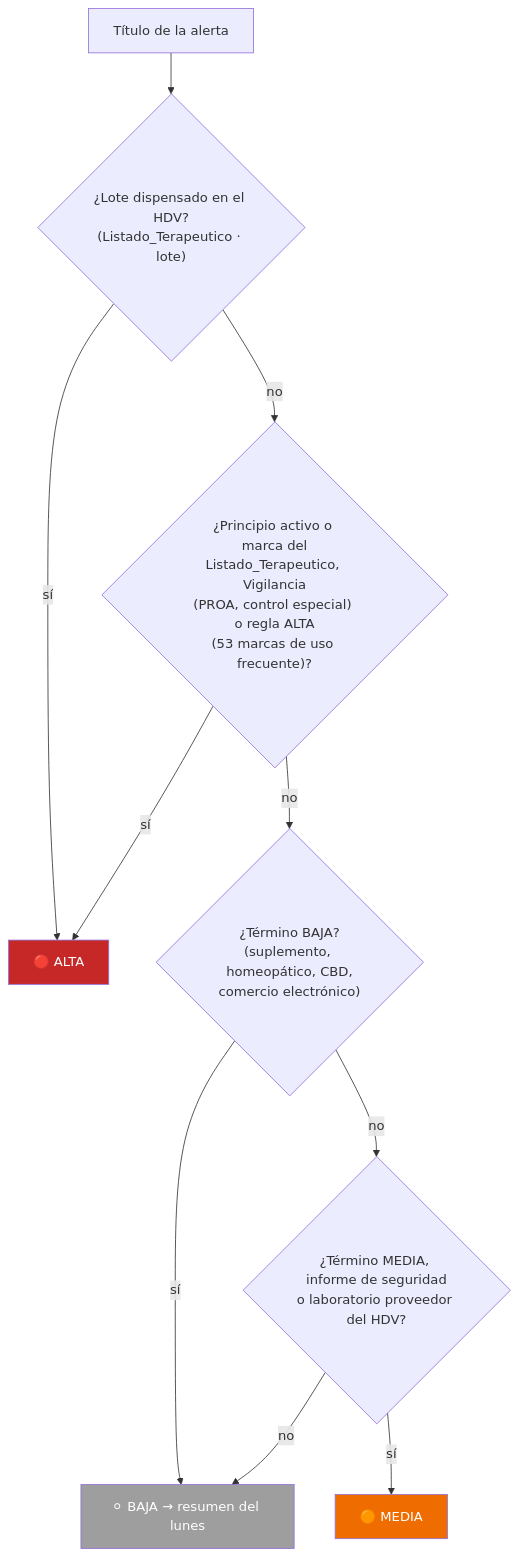
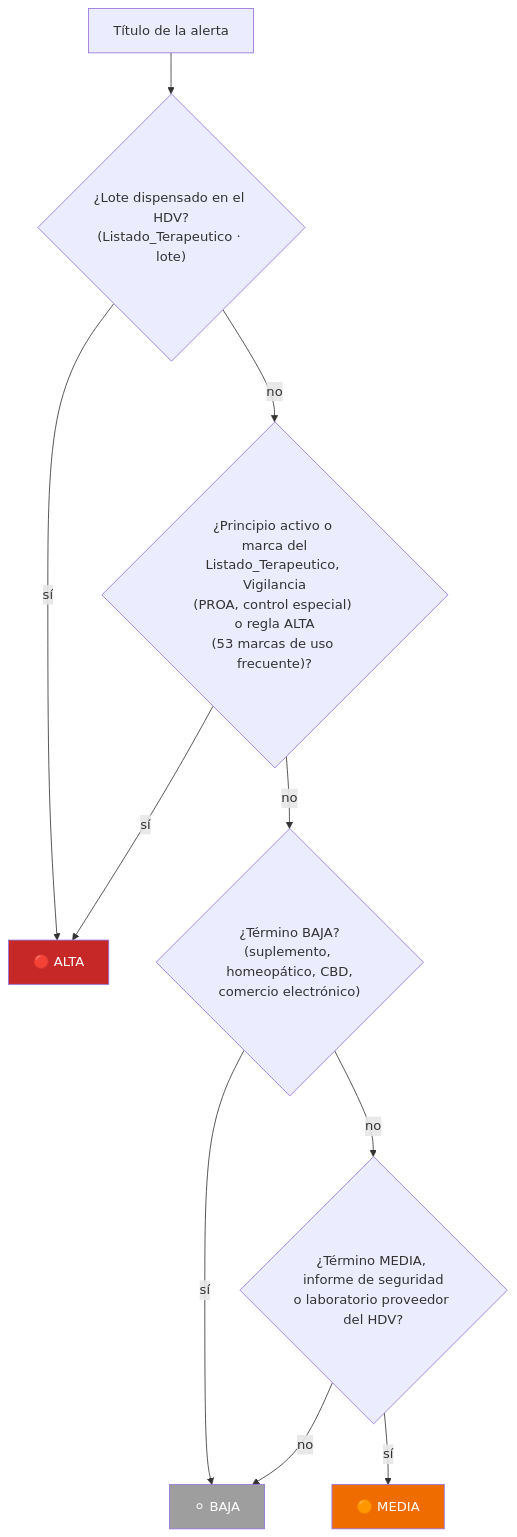
Before and after one commit to jsaavedran1-glitch/alertas-whatsapp-sanitarias-invima: the third of 5 diagrams in README.md, drawn with Mermaid. The commit also changed other lines of this file and 3 other files, not shown here.

````diff
--- a/README.md
+++ b/README.md
@@ -79,15 +77,15 @@
 ```mermaid
 flowchart TD
     A["Título de la alerta"] --> B{"¿Lote dispensado en el HDV?<br/>(Listado_Terapeutico · lote)"}
     B -->|sí| ALTA["🔴 ALTA"]
     B -->|no| C{"¿Principio activo o marca del<br/>Listado_Terapeutico, Vigilancia<br/>(PROA, control especial) o regla ALTA<br/>(53 marcas de uso frecuente)?"}
     C -->|sí| ALTA
     C -->|no| D{"¿Término BAJA?<br/>(suplemento, homeopático, CBD,<br/>comercio electrónico)"}
-    D -->|sí| BAJA["⚪ BAJA → resumen del lunes"]
+    D -->|sí| BAJA["⚪ BAJA"]
     D -->|no| E{"¿Término MEDIA, informe de seguridad<br/>o laboratorio proveedor del HDV?"}
     E -->|sí| MEDIA["🟠 MEDIA"]
     E -->|no| BAJA
     style ALTA fill:#c62828,color:#fff
     style MEDIA fill:#ef6c00,color:#fff
     style BAJA fill:#9e9e9e,color:#fff
 ```
````
